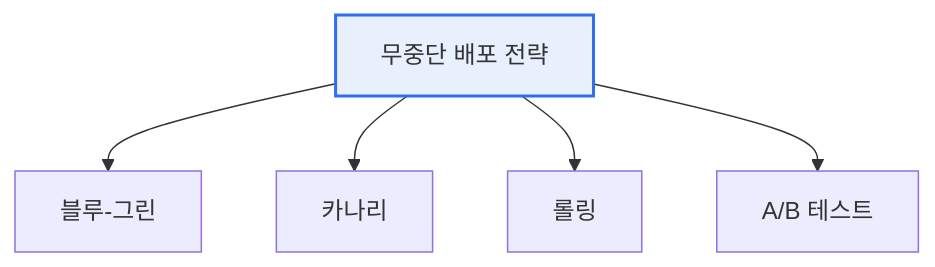
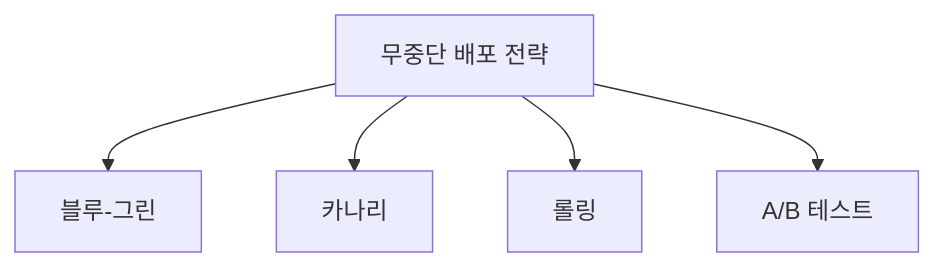
The diagram in content/deployment-testing-strategy.md (coninggu/wjdqhrhksflrltnftk), drawn with Mermaid before and after one commit. The commit also changed other lines of this file and 28 other files, not shown here.

````diff
--- a/content/deployment-testing-strategy.md
+++ b/content/deployment-testing-strategy.md
@@ -14,8 +14,7 @@
 ```mermaid
 flowchart TB
   D[무중단 배포 전략] --> BG[블루-그린]
   D --> CA[카나리]
   D --> RO[롤링]
   D --> AB[A/B 테스트]
-  style D fill:#e8f0fe,stroke:#2f6fed,stroke-width:2px
 ```
````
